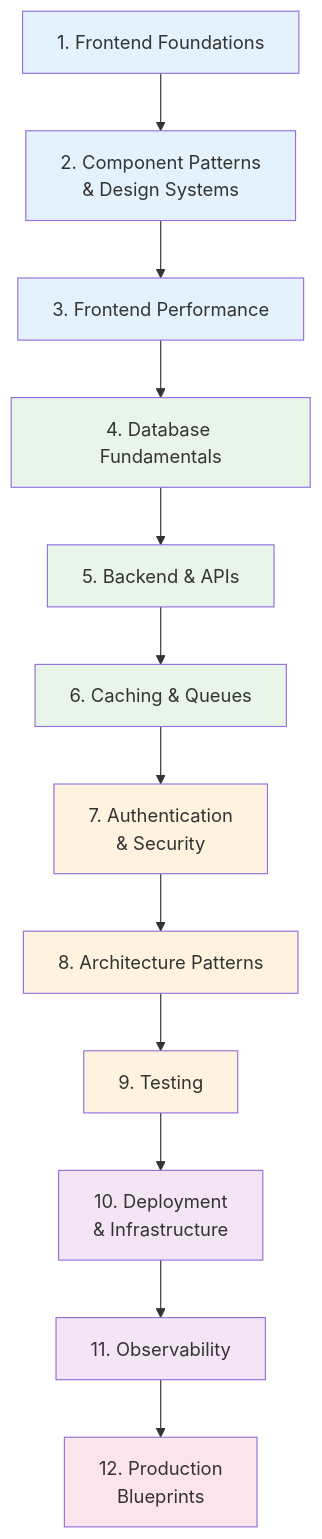
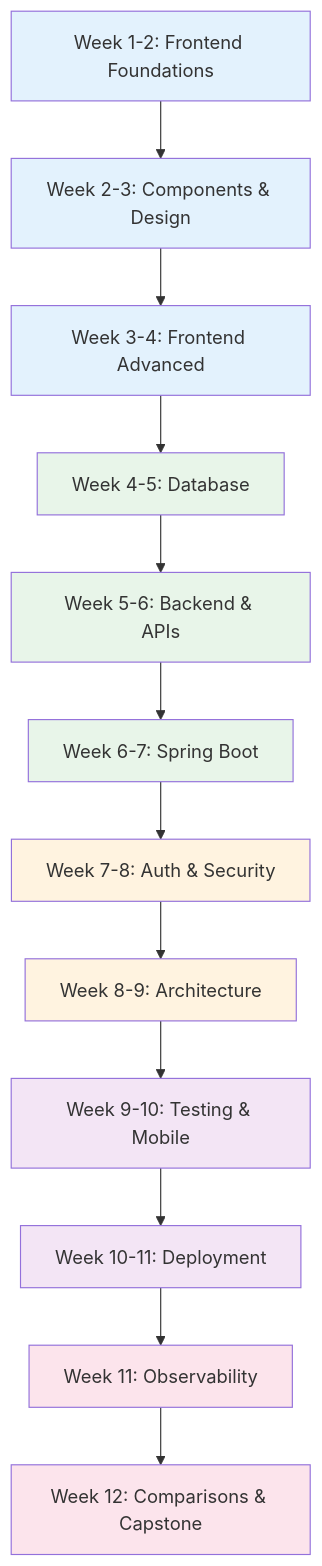
Before and after one commit to ayush-jadaun/knowledge-vault: the diagram in docs/learning-paths/fullstack-engineer.md, drawn with Mermaid. The commit also changed other lines of this file and 143 other files, not shown here.

First line of the commit message:
feat: interactive enhancements + 14 learning paths + mobile testing — Archon reaches 1,150+

````diff
--- a/docs/learning-paths/fullstack-engineer.md
+++ b/docs/learning-paths/fullstack-engineer.md
@@ -22,27 +32,27 @@
 ```mermaid
 graph TD
-    S1["1. Frontend Foundations"] --> S2["2. Component Patterns\n& Design Systems"]
-    S2 --> S3["3. Frontend Performance"]
-    S3 --> S4["4. Database Fundamentals"]
-    S4 --> S5["5. Backend & APIs"]
-    S5 --> S6["6. Caching & Queues"]
-    S6 --> S7["7. Authentication\n& Security"]
-    S7 --> S8["8. Architecture Patterns"]
-    S8 --> S9["9. Testing"]
-    S9 --> S10["10. Deployment\n& Infrastructure"]
-    S10 --> S11["11. Observability"]
-    S11 --> S12["12. Production\nBlueprints"]
+    S1["Week 1-2: Frontend Foundations"] --> S2["Week 2-3: Components & Design"]
+    S2 --> S3["Week 3-4: Frontend Advanced"]
+    S3 --> S4["Week 4-5: Database"]
+    S4 --> S5["Week 5-6: Backend & APIs"]
+    S5 --> S6["Week 6-7: Spring Boot"]
+    S6 --> S7["Week 7-8: Auth & Security"]
+    S7 --> S8["Week 8-9: Architecture"]
+    S8 --> S9["Week 9-10: Testing & Mobile"]
+    S9 --> S10["Week 10-11: Deployment"]
+    S10 --> S11["Week 11: Observability"]
+    S11 --> S12["Week 12: Comparisons & Capstone"]
 
     style S1 fill:#e3f2fd
     style S2 fill:#e3f2fd
     style S3 fill:#e3f2fd
     style S4 fill:#e8f5e9
     style S5 fill:#e8f5e9
     style S6 fill:#e8f5e9
     style S7 fill:#fff3e0
     style S8 fill:#fff3e0
-    style S9 fill:#fff3e0
+    style S9 fill:#f3e5f5
     style S10 fill:#f3e5f5
-    style S11 fill:#f3e5f5
+    style S11 fill:#fce4ec
     style S12 fill:#fce4ec
 ```
````
